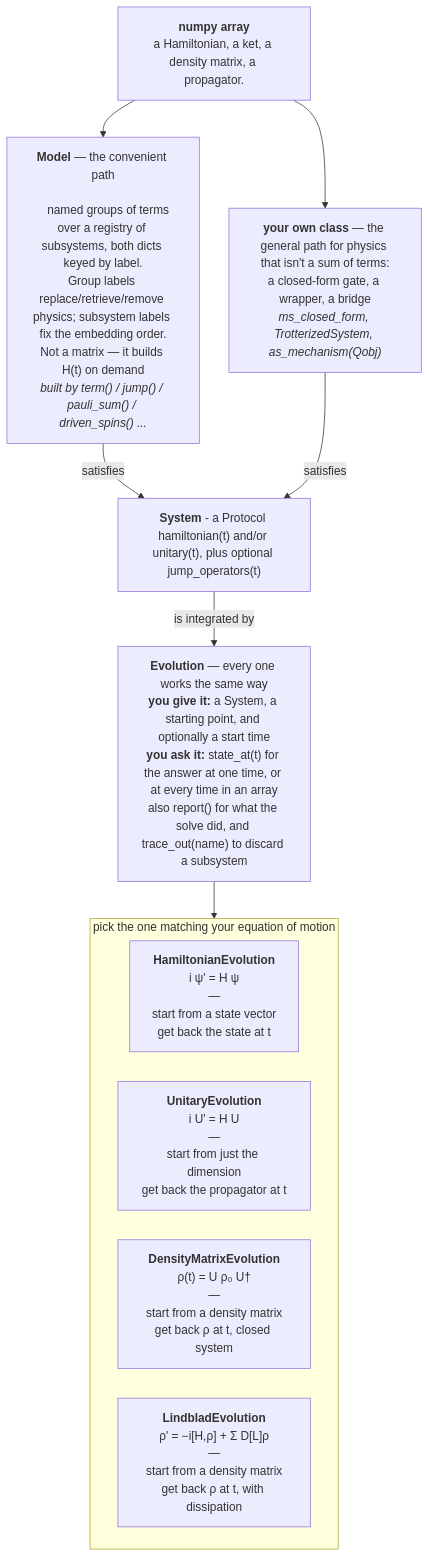
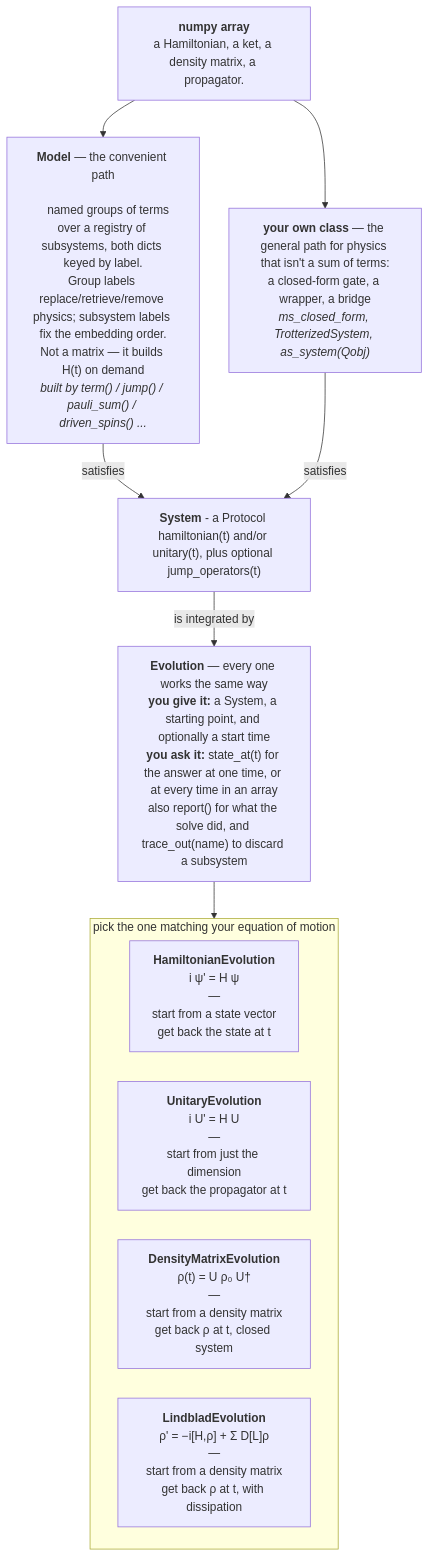
Before and after one commit to bharraz/htdse: the diagram in README.md, drawn with Mermaid. The commit also changed other lines of this file and 7 other files, not shown here.

Commit message:
Rename as_mechanism to as_system; add Mode/MSMode mismatch guards

````diff
--- a/README.md
+++ b/README.md
@@ -71,28 +71,28 @@
 ```mermaid
 %%{init: {"flowchart": {"rankSpacing": 50, "nodeSpacing": 40}}}%%
 flowchart TB
     OP["<b>numpy array</b><br/>a Hamiltonian, a ket, a density matrix, a propagator."]
     MODEL["<b>Model</b> — the convenient path<br/>
     named groups of terms over a registry of subsystems, both dicts keyed by label.<br/>Group labels replace/retrieve/remove physics; subsystem labels fix the embedding order.<br/>Not a matrix — it builds H(t) on demand<br/><i>built by term() / jump() / pauli_sum() / driven_spins() ...</i>"]
 
-    OWN["<b>your own class</b> — the general path for physics that isn't a sum of terms:<br/>a closed-form gate, a wrapper, a bridge<br/><i>ms_closed_form, TrotterizedSystem, as_mechanism(Qobj)</i>"]
+    OWN["<b>your own class</b> — the general path for physics that isn't a sum of terms:<br/>a closed-form gate, a wrapper, a bridge<br/><i>ms_closed_form, TrotterizedSystem, as_system(Qobj)</i>"]
 
     SYS["<b>System</b> - a Protocol <br/>hamiltonian(t) and/or unitary(t), plus optional jump_operators(t)<br/>"]
 
     EVOALL["<b>Evolution</b> — every one works the same way<br/><b>you give it:</b> a System, a starting point, and optionally a start time<br/><b>you ask it:</b> state_at(t) for the answer at one time, or at every time in an array<br/>also report() for what the solve did, and trace_out(name) to discard a subsystem<br/>"]
 
     subgraph EVO["pick the one matching your equation of motion"]
         direction LR
         E1["<b>HamiltonianEvolution</b><br/>i ψ' = H ψ<br/>—<br/>start from a state vector<br/>get back the state at t"]
         E2["<b>UnitaryEvolution</b><br/>i U' = H U<br/>—<br/>start from just the dimension<br/>get back the propagator at t"]
         E3["<b>DensityMatrixEvolution</b><br/>ρ(t) = U ρ₀ U†<br/>—<br/>start from a density matrix<br/>get back ρ at t, closed system"]
         E4["<b>LindbladEvolution</b><br/>ρ' = −i[H,ρ] + Σ D[L]ρ<br/>—<br/>start from a density matrix<br/>get back ρ at t, with dissipation"]
     end
 
     OP --> MODEL
     OP --> OWN
     MODEL -- "satisfies" --> SYS
     OWN -- "satisfies" --> SYS
     SYS -- "is integrated by" --> EVOALL
     EVOALL --> EVO
 ```
````
